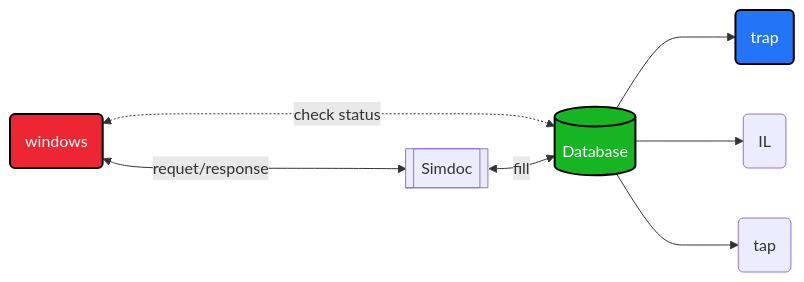
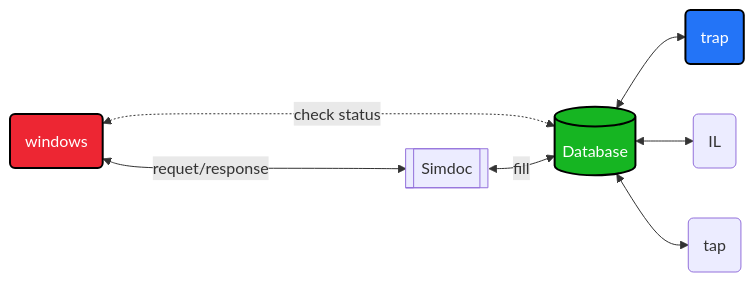
One commit to Vincent-vst/Davinci changed the diagram in README.md. Above: the diagram before and after it, drawn with Mermaid. The commit also changed other lines of this file, not shown here.

````diff
--- a/README.md
+++ b/README.md
@@ -45,20 +45,20 @@
 ```mermaid
 flowchart LR 
 
 	%% Colors %%
 	classDef blue fill:#2374f7,stroke:#000,stroke-width:2px,color:#fff
 	classDef pink fill:#eb3dd6,stroke:#000,stroke-width:2px,color:#fff
 	classDef orange fill:#fc822b,stroke:#000,stroke-width:2px,color:#fff
 	classDef red fill:#ed2633,stroke:#000,stroke-width:2px,color:#fff
 	classDef green fill:#16b522,stroke:#000,stroke-width:2px,color:#fff
 
 	%% Flowchart %% 
 	W("windows"):::red <---> |requet/response|S[["Simdoc"]]
 	W <-.-> |check status|D[("Database")]:::green
 	S <--> |fill|D
-	D ---> TR("trap"):::blue
-	D ---> IL("IL")
-	D ---> TA("tap")
+	D <--> TR("trap"):::blue
+	D <--> IL("IL")
+	D <--> TA("tap")
 	
 
 ``` 
````
